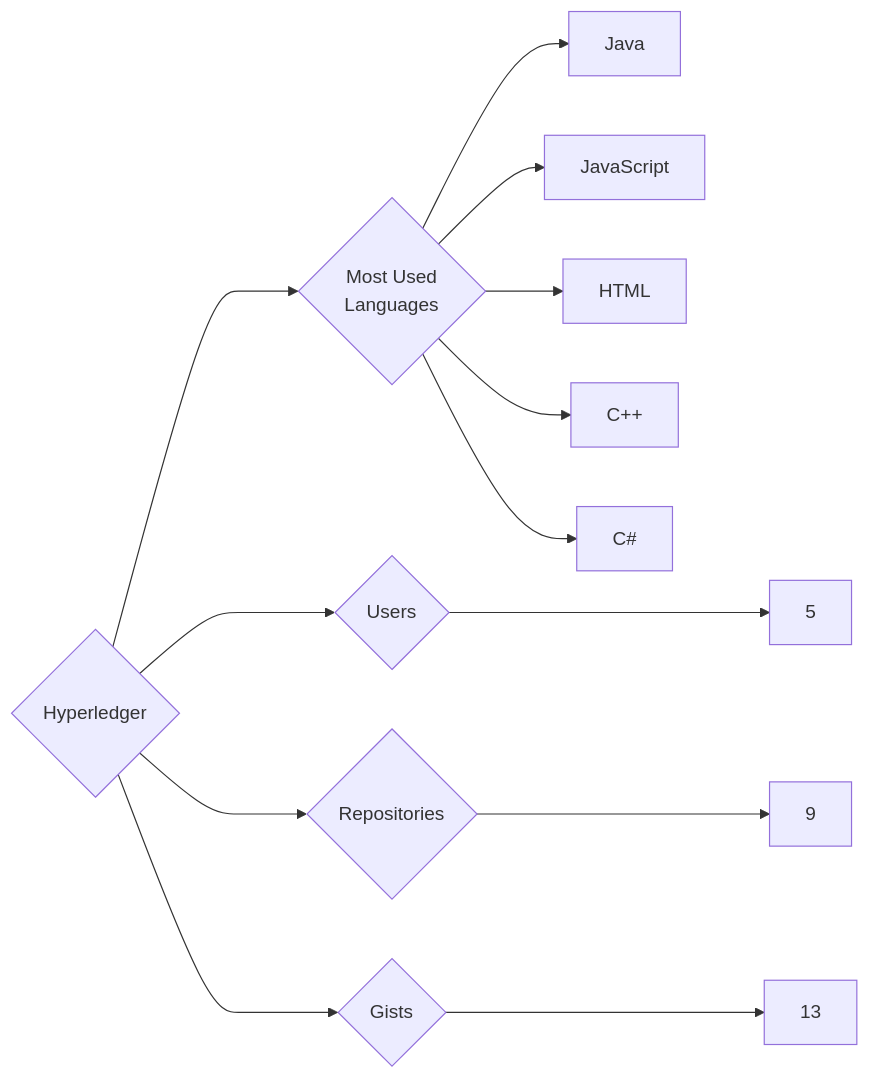
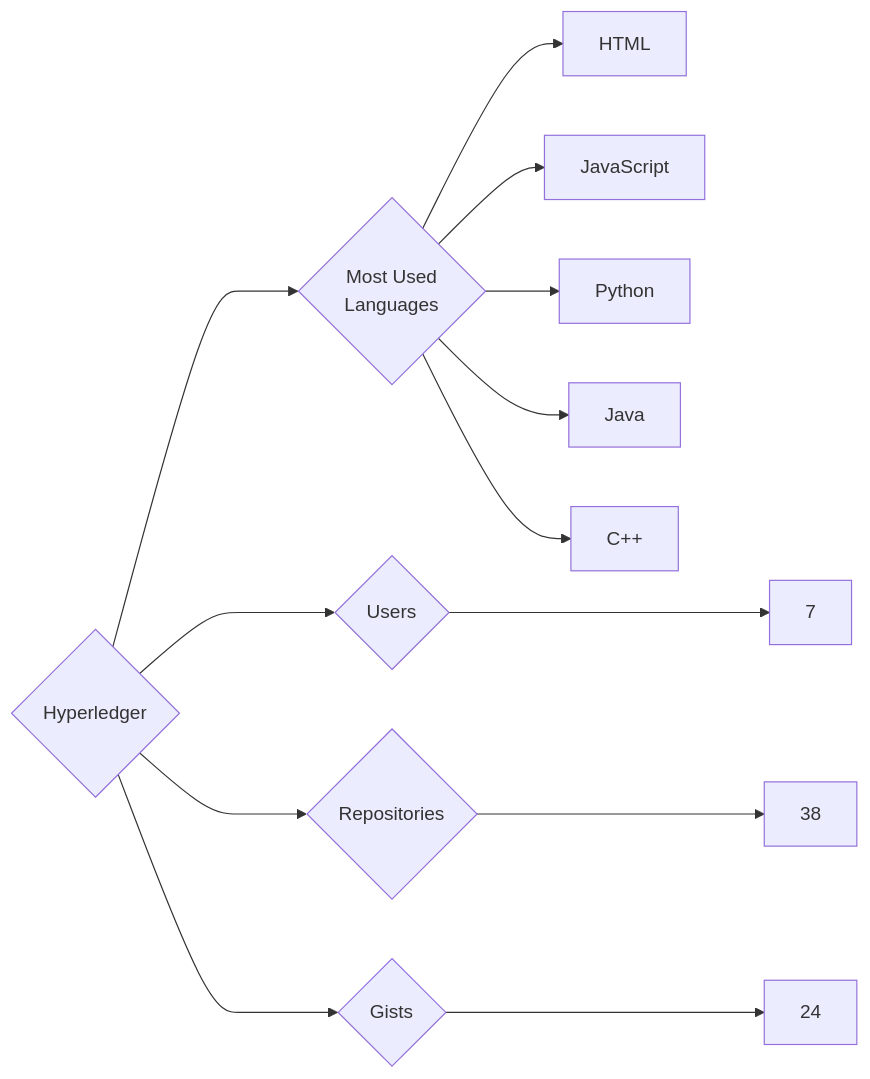
Before and after one commit to trickest/insiders: the diagram in targets/Hyperledger/README.md, drawn with Mermaid. The commit also changed 840 other files, not shown here.

````diff
--- a/targets/Hyperledger/README.md
+++ b/targets/Hyperledger/README.md
@@ -3,13 +3,13 @@
 ```mermaid
 graph LR
 COMPANY_NAME{Hyperledger}
-COMPANY_NAME ---> U{Users} ---> UN[5]
-COMPANY_NAME ---> R{Repositories} ---> RN[9]
-COMPANY_NAME ---> G{Gists} ---> GN[13]
+COMPANY_NAME ---> U{Users} ---> UN[7]
+COMPANY_NAME ---> R{Repositories} ---> RN[38]
+COMPANY_NAME ---> G{Gists} ---> GN[24]
 COMPANY_NAME ---> ML{Most Used<br>Languages}
+ML --> HTML[HTML]
+ML --> JavaScript[JavaScript]
+ML --> Python[Python]
 ML --> Java[Java]
-ML --> JavaScript[JavaScript]
-ML --> HTML[HTML]
 ML --> C++[C++]
-ML --> C#[C#]
 ```
````
